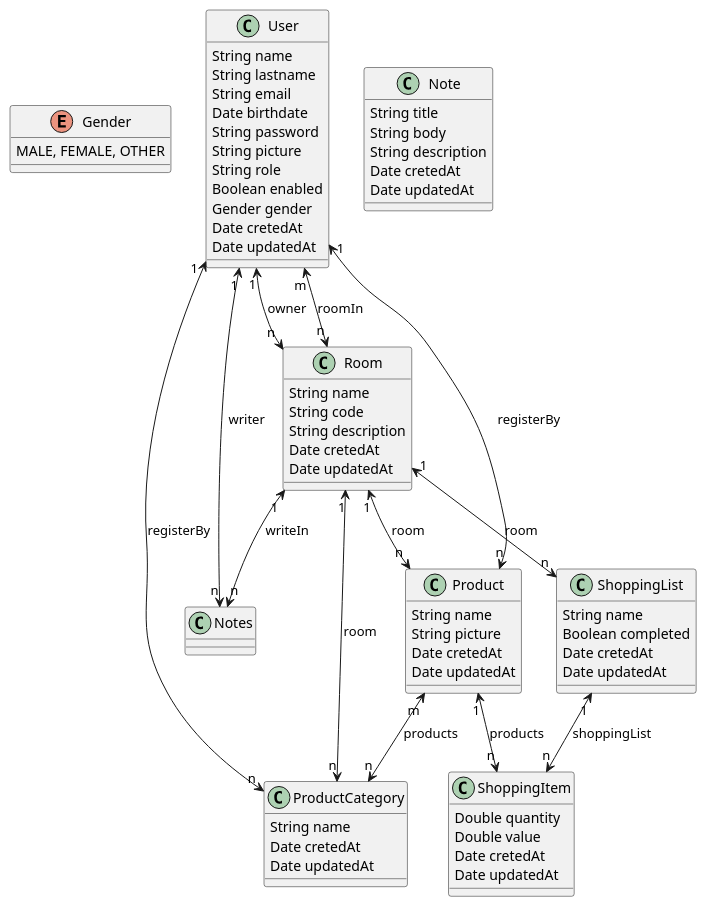
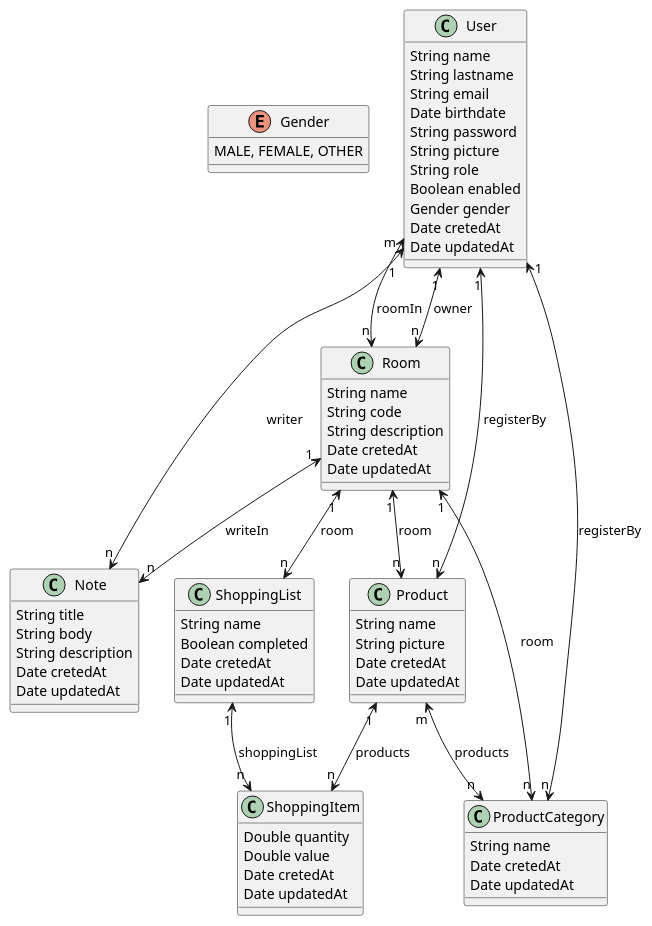
The diagram in conectadosUML.puml (sergiosant02/conectados), drawn with PlantUML before and after one commit. The commit also changed 3 other files, not shown here.

```diff
--- a/conectadosUML.puml
+++ b/conectadosUML.puml
@@ -1,81 +1,81 @@
 @startuml Basic Sample
 enum Gender {
     MALE, FEMALE, OTHER
 }
 
 class User {
     String name
     String lastname
     String email 
     Date birthdate
     String password
     String picture
     String role
     Boolean enabled
     Gender gender
     Date cretedAt
     Date updatedAt
 }
 
 class Room {
     String name
     String code
     String description
     Date cretedAt
     Date updatedAt
 }
 
 class Note {
     String title
     String body
     String description
     Date cretedAt
     Date updatedAt
 }
 
 class Product {
     String name
     String picture
     Date cretedAt
     Date updatedAt
 }
 
 class ProductCategory {
     String name
     Date cretedAt
     Date updatedAt
 }
 
 class ShoppingList {
     String name
     Boolean completed
     Date cretedAt
     Date updatedAt
 }
 
 class ShoppingItem {
     Double quantity
     Double value
     Date cretedAt
     Date updatedAt
 }
 
 
 User "m" <--> "n" Room: roomIn
 User "1" <--> "n" Room: owner
-User "1" <--> "n" Notes: writer
+User "1" <--> "n" Note: writer
 User "1" <--> "n" Product: registerBy
 User "1" <--> "n" ProductCategory: registerBy
 
 Room "1" <--> "n" Product: room
-Room "1" <--> "n" Notes: writeIn
+Room "1" <--> "n" Note: writeIn
 Room "1" <--> "n" ProductCategory: room
 Room "1" <--> "n" ShoppingList: room
 
 Product "m" <--> "n" ProductCategory: products
 Product "1" <--> "n" ShoppingItem: products
 
 ShoppingList "1" <--> "n" ShoppingItem: shoppingList
 
 
 @enduml
```
